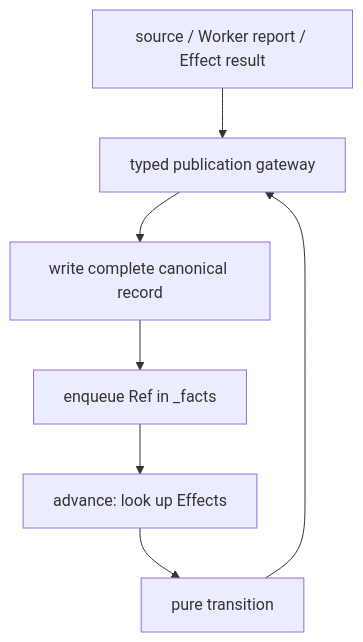
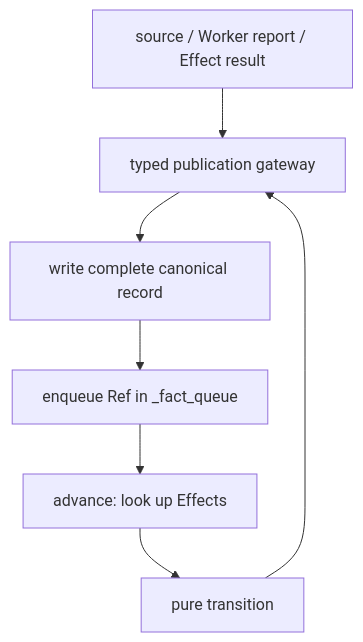
Before and after one commit to OpenDCAI/RayOrch: the second of 4 diagrams in docs/multigrain_v3_6_maintainer_guide.md, drawn with Mermaid. The commit also changed other lines of this file and 31 other files, not shown here.

Commit message:
docs(v3.6): publish bilingual architecture guides

````diff
--- a/docs/multigrain_v3_6_maintainer_guide.md
+++ b/docs/multigrain_v3_6_maintainer_guide.md
@@ -187,11 +312,11 @@
 ```mermaid
 flowchart TD
     Source["source / Worker report / Effect result"]
     Publish["typed publication gateway"]
     Table["write complete canonical record"]
-    Facts["enqueue Ref in _facts"]
+    Facts["enqueue Ref in _fact_queue"]
     Advance["advance: look up Effects"]
     Decision["pure transition"]
 
     Source --> Publish --> Table --> Facts --> Advance --> Decision --> Publish
 ```
````
